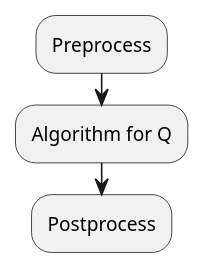
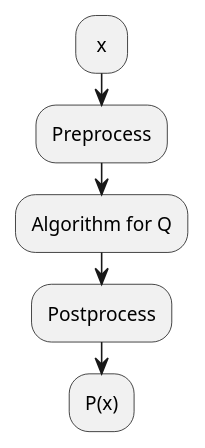
One commit to ashwinreddy/wiki changed the diagram in Computer-Science/Computational-Complexity-Theory/Reduction.md. Above: the diagram before and after it, drawn with PlantUML.

Commit message:
Updated Reduction.md (markdown)

```diff
--- a/Computer-Science/Computational-Complexity-Theory/Reduction.md
+++ b/Computer-Science/Computational-Complexity-Theory/Reduction.md
@@ -3,5 +3,7 @@
 @startuml
+: x ;
 :Preprocess;
 :Algorithm for Q;
 :Postprocess;
+:P(x);
 @enduml
```
